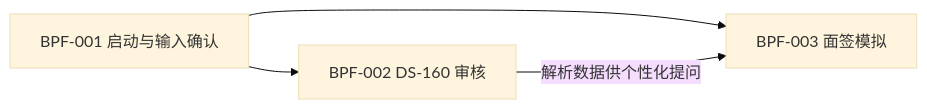
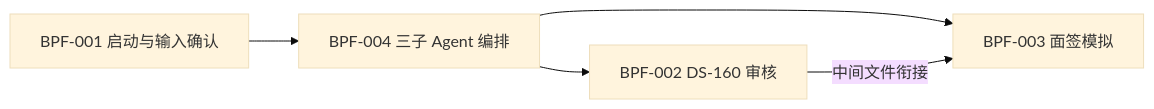
The fifth of 5 diagrams in PRD/PRJ-001/04-business-processes/processes.md (neofung/us-visa-skill), drawn with Mermaid (base theme) before and after one commit. The commit also changed other lines of this file and 13 other files, not shown here.

````diff
--- a/PRD/PRJ-001/04-business-processes/processes.md
+++ b/PRD/PRJ-001/04-business-processes/processes.md
@@ -205,6 +259,7 @@
 ```mermaid
 flowchart LR
-    BPF001[BPF-001 启动与输入确认] --> BPF002[BPF-002 DS-160 审核]
-    BPF001 --> BPF003[BPF-003 面签模拟]
-    BPF002 -->|解析数据供个性化提问| BPF003
+    BPF001[BPF-001 启动与输入确认] --> BPF004[BPF-004 三子 Agent 编排]
+    BPF004 --> BPF002[BPF-002 DS-160 审核]
+    BPF004 --> BPF003[BPF-003 面签模拟]
+    BPF002 -->|中间文件衔接| BPF003
 ```
````
